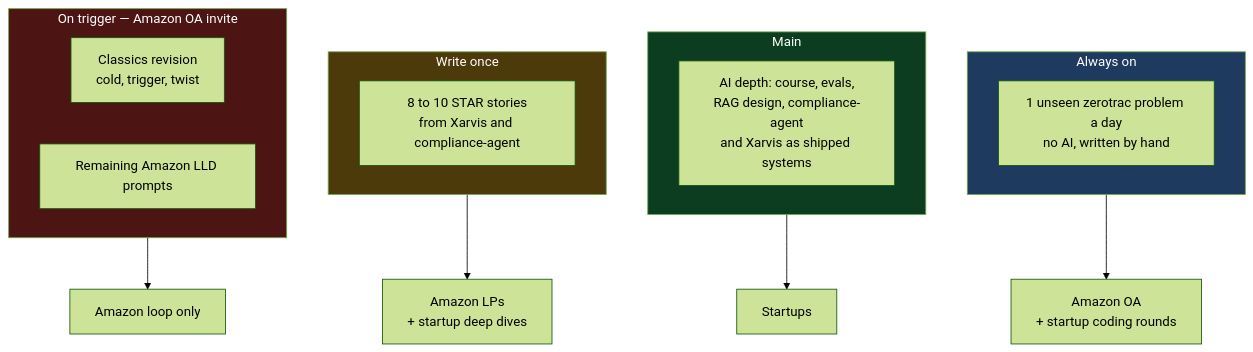
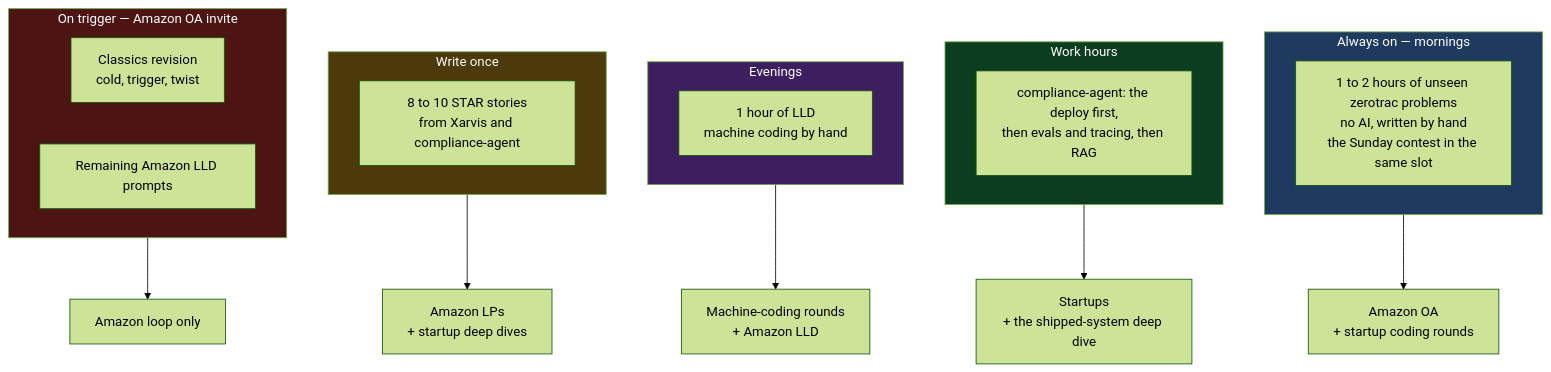
One commit to Dummy-Bug/system-design-handbook changed the second of 2 diagrams in Current-Standing/12-Plan-Nov-2026.md. Above: the diagram before and after it, drawn with Mermaid (forest theme). The commit also changed other lines of this file and 7 other files, not shown here.

````diff
--- a/Current-Standing/12-Plan-Nov-2026.md
+++ b/Current-Standing/12-Plan-Nov-2026.md
@@ -65,24 +67,29 @@
 ```mermaid
 flowchart TD
-    subgraph ON["Always on"]
-        O1["1 unseen zerotrac problem a day<br/>no AI, written by hand"]
+    subgraph ON["Always on — mornings"]
+        O1["1 to 2 hours of unseen zerotrac problems<br/>no AI, written by hand<br/>the Sunday contest in the same slot"]
     end
-    subgraph MAIN["Main"]
-        M1["AI depth: course, evals,<br/>RAG design, compliance-agent<br/>and Xarvis as shipped systems"]
+    subgraph WORK["Work hours"]
+        M1["compliance-agent: the deploy first,<br/>then evals and tracing, then RAG"]
+    end
+    subgraph EVE["Evenings"]
+        L1["1 hour of LLD<br/>machine coding by hand"]
     end
     subgraph ONCE["Write once"]
         W1["8 to 10 STAR stories<br/>from Xarvis and compliance-agent"]
     end
     subgraph TRIG["On trigger — Amazon OA invite"]
         T1["Classics revision<br/>cold, trigger, twist"]
         T2["Remaining Amazon LLD prompts"]
     end
     ON --> AMZ["Amazon OA<br/>+ startup coding rounds"]
-    MAIN --> ST["Startups"]
+    WORK --> ST["Startups<br/>+ the shipped-system deep dive"]
+    EVE --> MC["Machine-coding rounds<br/>+ Amazon LLD"]
     ONCE --> BOTH["Amazon LPs<br/>+ startup deep dives"]
     TRIG --> LOOP["Amazon loop only"]
     style ON fill:#1f3a5f,color:#fff
-    style MAIN fill:#0d3d20,color:#fff
+    style WORK fill:#0d3d20,color:#fff
+    style EVE fill:#3d1f5f,color:#fff
     style ONCE fill:#4d3a0a,color:#fff
     style TRIG fill:#4d1414,color:#fff
 ```
````
